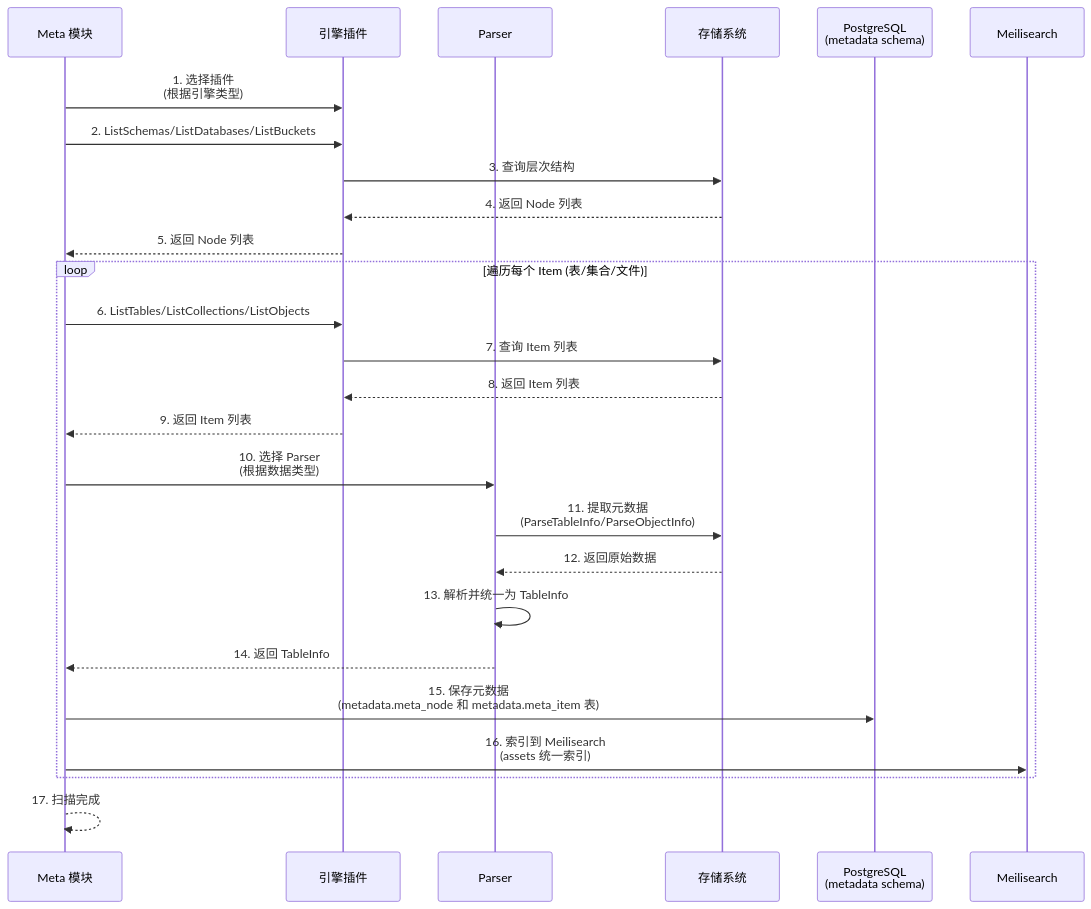
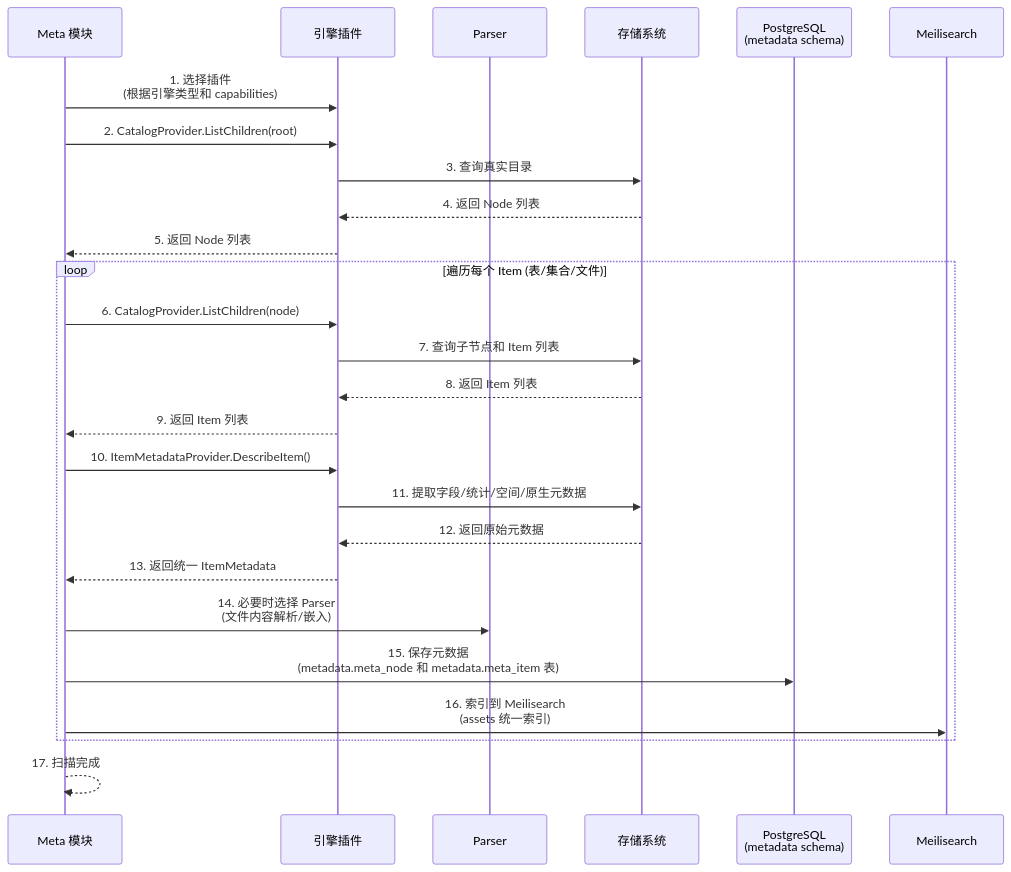
The seventh of 7 diagrams in docs/concepts/addp元数据体系图.md (pampa0629/addp), drawn with Mermaid before and after one commit. The commit also changed other lines of this file and 45 other files, not shown here.

````diff
--- a/docs/concepts/addp元数据体系图.md
+++ b/docs/concepts/addp元数据体系图.md
@@ -421,33 +422,33 @@
 ```mermaid
 sequenceDiagram
     participant Meta as Meta 模块
     participant Plugin as 引擎插件
     participant Parser as Parser
     participant Storage as 存储系统
     participant DB as PostgreSQL<br/>(metadata schema)
     participant Search as Meilisearch
 
-    Meta->>Plugin: 1. 选择插件<br/>(根据引擎类型)
-    Meta->>Plugin: 2. ListSchemas/ListDatabases/ListBuckets
-    Plugin->>Storage: 3. 查询层次结构
+    Meta->>Plugin: 1. 选择插件<br/>(根据引擎类型和 capabilities)
+    Meta->>Plugin: 2. CatalogProvider.ListChildren(root)
+    Plugin->>Storage: 3. 查询真实目录
     Storage-->>Plugin: 4. 返回 Node 列表
     Plugin-->>Meta: 5. 返回 Node 列表
 
     loop 遍历每个 Item (表/集合/文件)
-        Meta->>Plugin: 6. ListTables/ListCollections/ListObjects
-        Plugin->>Storage: 7. 查询 Item 列表
+        Meta->>Plugin: 6. CatalogProvider.ListChildren(node)
+        Plugin->>Storage: 7. 查询子节点和 Item 列表
         Storage-->>Plugin: 8. 返回 Item 列表
         Plugin-->>Meta: 9. 返回 Item 列表
 
-        Meta->>Parser: 10. 选择 Parser<br/>(根据数据类型)
-        Parser->>Storage: 11. 提取元数据<br/>(ParseTableInfo/ParseObjectInfo)
-        Storage-->>Parser: 12. 返回原始数据
-        Parser->>Parser: 13. 解析并统一为 TableInfo
-        Parser-->>Meta: 14. 返回 TableInfo
+        Meta->>Plugin: 10. ItemMetadataProvider.DescribeItem()
+        Plugin->>Storage: 11. 提取字段/统计/空间/原生元数据
+        Storage-->>Plugin: 12. 返回原始元数据
+        Plugin-->>Meta: 13. 返回统一 ItemMetadata
+        Meta->>Parser: 14. 必要时选择 Parser<br/>(文件内容解析/嵌入)
 
         Meta->>DB: 15. 保存元数据<br/>(metadata.meta_node 和 metadata.meta_item 表)
         Meta->>Search: 16. 索引到 Meilisearch<br/>(assets 统一索引)
     end
 
     Meta-->>Meta: 17. 扫描完成
 ```
````
